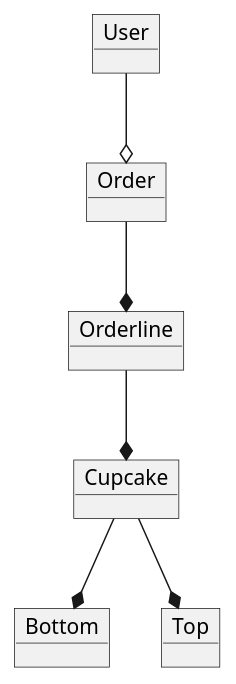
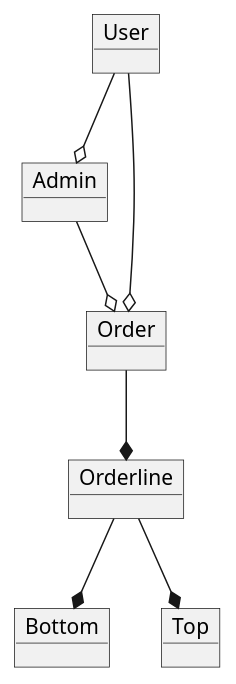
The diagram in doc/Domi.puml (sanderMarcusChristensen/Cupcake), drawn with PlantUML before and after one commit.

Commit message:
updates to "domi-diagram"

```diff
--- a/doc/Domi.puml
+++ b/doc/Domi.puml
@@ -1,28 +1,28 @@
 @startuml
 
-
+object Admin
 object User
 object Bottom
 object Top
 object Orderline
 object Order
-object Cupcake
 
 
+User --o Admin
+Admin --o Order
 User --o Order
 Order --* Orderline
-Orderline --* Cupcake
-Cupcake --* Top
-Cupcake --* Bottom
+Orderline --* Top
+Orderline --* Bottom
 
 
 
 
 
 
 
 
 
 
 
 @enduml
```
